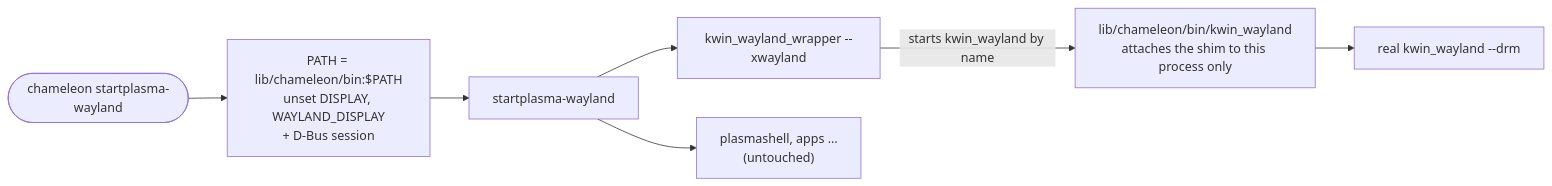
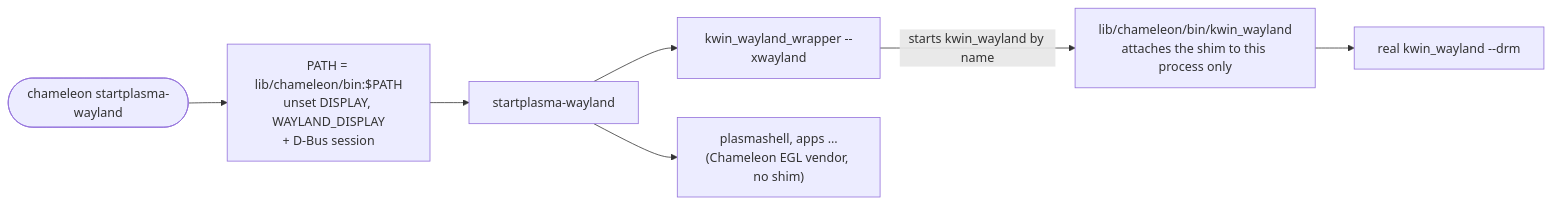
One commit to HarryL0L/Project-Chameleon changed the fourth of 4 diagrams in README.md. Above: the diagram before and after it, drawn with Mermaid. The commit also changed other lines of this file and 2 other files, not shown here.

First line of the commit message:
Docs: no Chameleon-specific patches (not unmodified); diagrams match the code

````diff
--- a/README.md
+++ b/README.md
@@ -267,9 +269,9 @@
 ```mermaid
 flowchart LR
     U(["chameleon startplasma-wayland"]) --> P["PATH = lib/chameleon/bin:$PATH<br/>unset DISPLAY, WAYLAND_DISPLAY<br/>+ D-Bus session"]
     P --> SP["startplasma-wayland"]
     SP --> W["kwin_wayland_wrapper --xwayland"]
     W -->|"starts kwin_wayland by name"| B["lib/chameleon/bin/kwin_wayland<br/>attaches the shim to this process only"]
     B --> R["real kwin_wayland --drm"]
-    SP --> PS["plasmashell, apps …<br/>(untouched)"]
+    SP --> PS["plasmashell, apps …<br/>(Chameleon EGL vendor, no shim)"]
 ```
````
